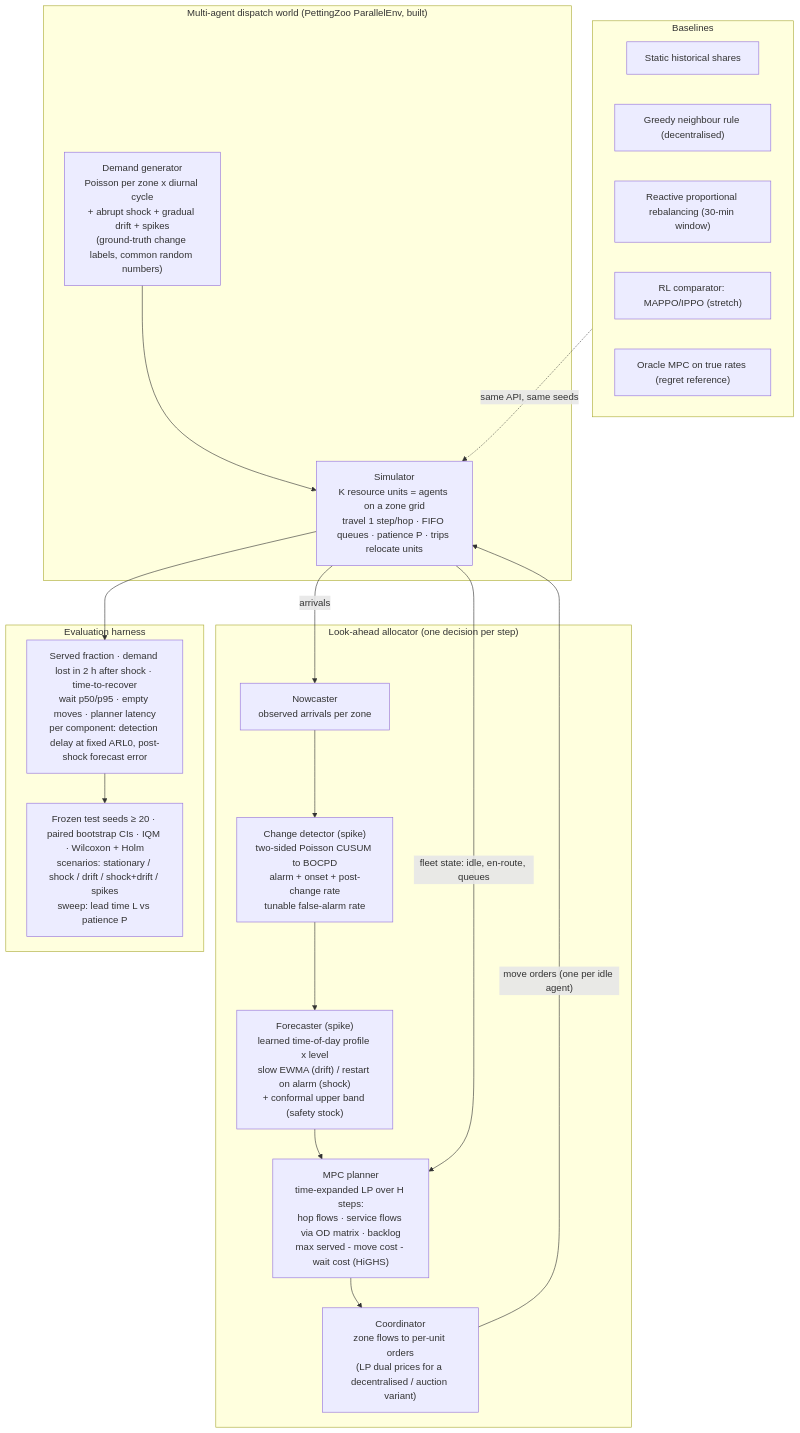
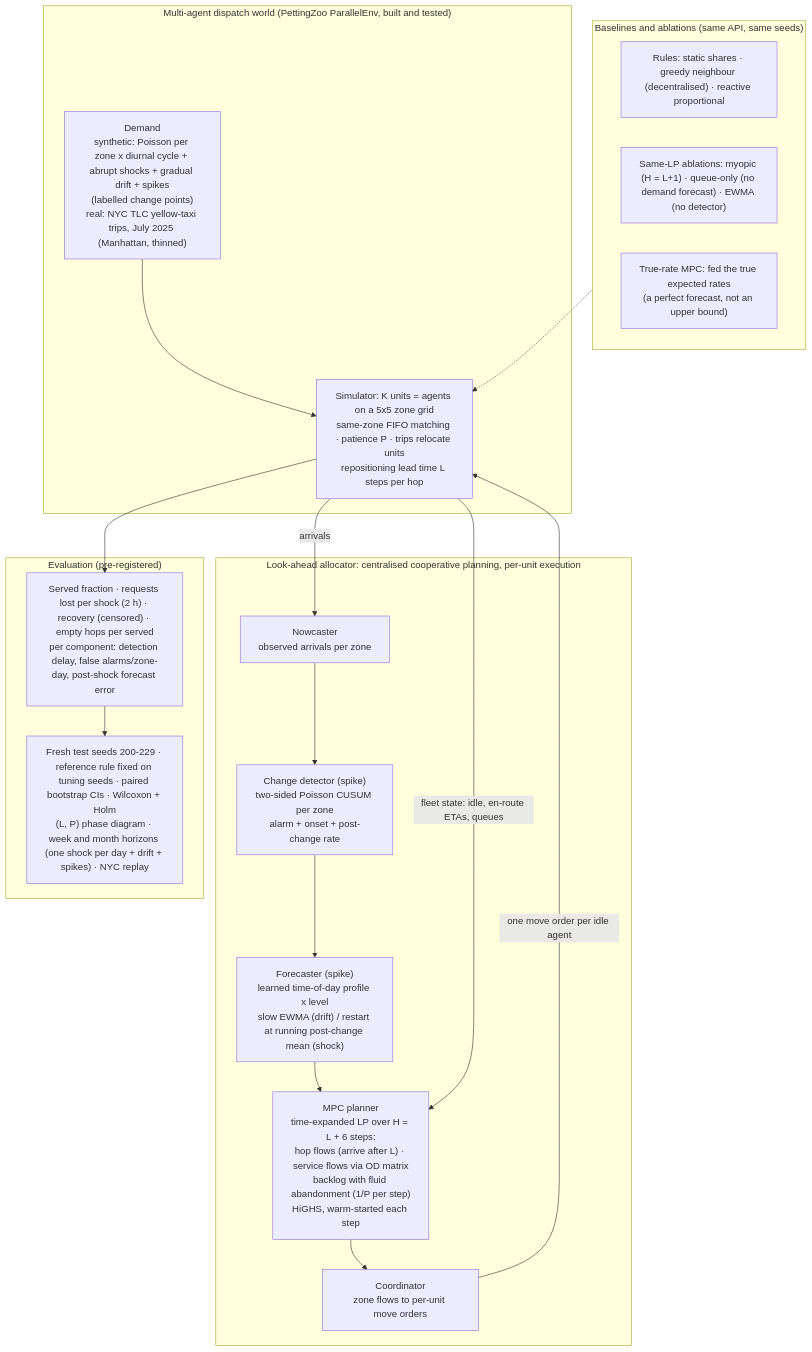
One commit to imdigitalashish/techfest-2026 changed the diagram in perceptron-p07-multi-agent-allocation/deliverables/architecture.md. Above: the diagram before and after it, drawn with Mermaid. The commit also changed other lines of this file and 13 other files, not shown here.

````diff
--- a/perceptron-p07-multi-agent-allocation/deliverables/architecture.md
+++ b/perceptron-p07-multi-agent-allocation/deliverables/architecture.md
@@ -3,36 +3,34 @@
 ```mermaid
 flowchart TB
-  subgraph WORLD["Multi-agent dispatch world (PettingZoo ParallelEnv, built)"]
-    D["Demand generator<br/>Poisson per zone x diurnal cycle<br/>+ abrupt shock + gradual drift + spikes<br/>(ground-truth change labels, common random numbers)"]
-    S["Simulator<br/>K resource units = agents on a zone grid<br/>travel 1 step/hop · FIFO queues · patience P · trips relocate units"]
+  subgraph WORLD["Multi-agent dispatch world (PettingZoo ParallelEnv, built and tested)"]
+    D["Demand<br/>synthetic: Poisson per zone x diurnal cycle + abrupt shocks + gradual drift + spikes<br/>(labelled change points)<br/>real: NYC TLC yellow-taxi trips, July 2025 (Manhattan, thinned)"]
+    S["Simulator: K units = agents on a 5x5 zone grid<br/>same-zone FIFO matching · patience P · trips relocate units<br/>repositioning lead time L steps per hop"]
     D --> S
   end
 
-  subgraph AGENT["Look-ahead allocator (one decision per step)"]
+  subgraph AGENT["Look-ahead allocator: centralised cooperative planning, per-unit execution"]
     N["Nowcaster<br/>observed arrivals per zone"]
-    CD["Change detector (spike)<br/>two-sided Poisson CUSUM to BOCPD<br/>alarm + onset + post-change rate<br/>tunable false-alarm rate"]
-    F["Forecaster (spike)<br/>learned time-of-day profile x level<br/>slow EWMA (drift) / restart on alarm (shock)<br/>+ conformal upper band (safety stock)"]
-    P["MPC planner<br/>time-expanded LP over H steps:<br/>hop flows · service flows via OD matrix · backlog<br/>max served - move cost - wait cost (HiGHS)"]
-    C["Coordinator<br/>zone flows to per-unit orders<br/>(LP dual prices for a decentralised / auction variant)"]
+    CD["Change detector (spike)<br/>two-sided Poisson CUSUM per zone<br/>alarm + onset + post-change rate"]
+    F["Forecaster (spike)<br/>learned time-of-day profile x level<br/>slow EWMA (drift) / restart at running post-change mean (shock)"]
+    P["MPC planner<br/>time-expanded LP over H = L + 6 steps:<br/>hop flows (arrive after L) · service flows via OD matrix<br/>backlog with fluid abandonment (1/P per step)<br/>HiGHS, warm-started each step"]
+    C["Coordinator<br/>zone flows to per-unit move orders"]
     N --> CD --> F --> P --> C
   end
 
-  S -- "fleet state: idle, en-route, queues" --> P
+  S -- "fleet state: idle, en-route ETAs, queues" --> P
   S -- "arrivals" --> N
-  C -- "move orders (one per idle agent)" --> S
+  C -- "one move order per idle agent" --> S
 
-  subgraph BASE["Baselines"]
-    R1["Static historical shares"]
-    R2["Greedy neighbour rule (decentralised)"]
-    R3["Reactive proportional rebalancing (30-min window)"]
-    RL["RL comparator: MAPPO/IPPO (stretch)"]
-    O["Oracle MPC on true rates (regret reference)"]
+  subgraph BASE["Baselines and ablations (same API, same seeds)"]
+    R["Rules: static shares · greedy neighbour (decentralised) · reactive proportional"]
+    AB["Same-LP ablations: myopic (H = L+1) · queue-only (no demand forecast) · EWMA (no detector)"]
+    O["True-rate MPC: fed the true expected rates<br/>(a perfect forecast, not an upper bound)"]
   end
-  BASE -. "same API, same seeds" .-> S
+  BASE -.-> S
 
-  subgraph EVAL["Evaluation harness"]
-    M["Served fraction · demand lost in 2 h after shock · time-to-recover<br/>wait p50/p95 · empty moves · planner latency<br/>per component: detection delay at fixed ARL0, post-shock forecast error"]
-    ST["Frozen test seeds ≥ 20 · paired bootstrap CIs · IQM · Wilcoxon + Holm<br/>scenarios: stationary / shock / drift / shock+drift / spikes<br/>sweep: lead time L vs patience P"]
+  subgraph EVAL["Evaluation (pre-registered)"]
+    M["Served fraction · requests lost per shock (2 h) · recovery (censored) · empty hops per served<br/>per component: detection delay, false alarms/zone-day, post-shock forecast error"]
+    ST["Fresh test seeds 200-229 · reference rule fixed on tuning seeds · paired bootstrap CIs · Wilcoxon + Holm<br/>(L, P) phase diagram · week and month horizons (one shock per day + drift + spikes) · NYC replay"]
   end
   S --> M --> ST
 ```
````
